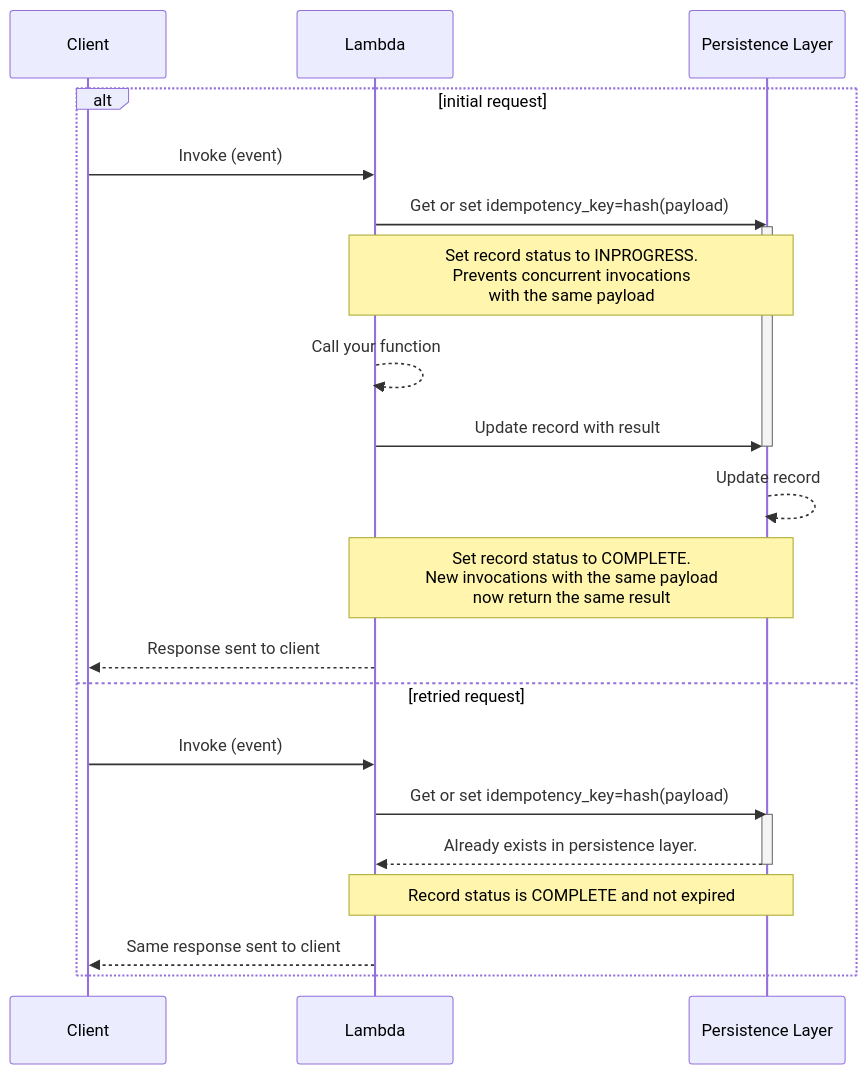
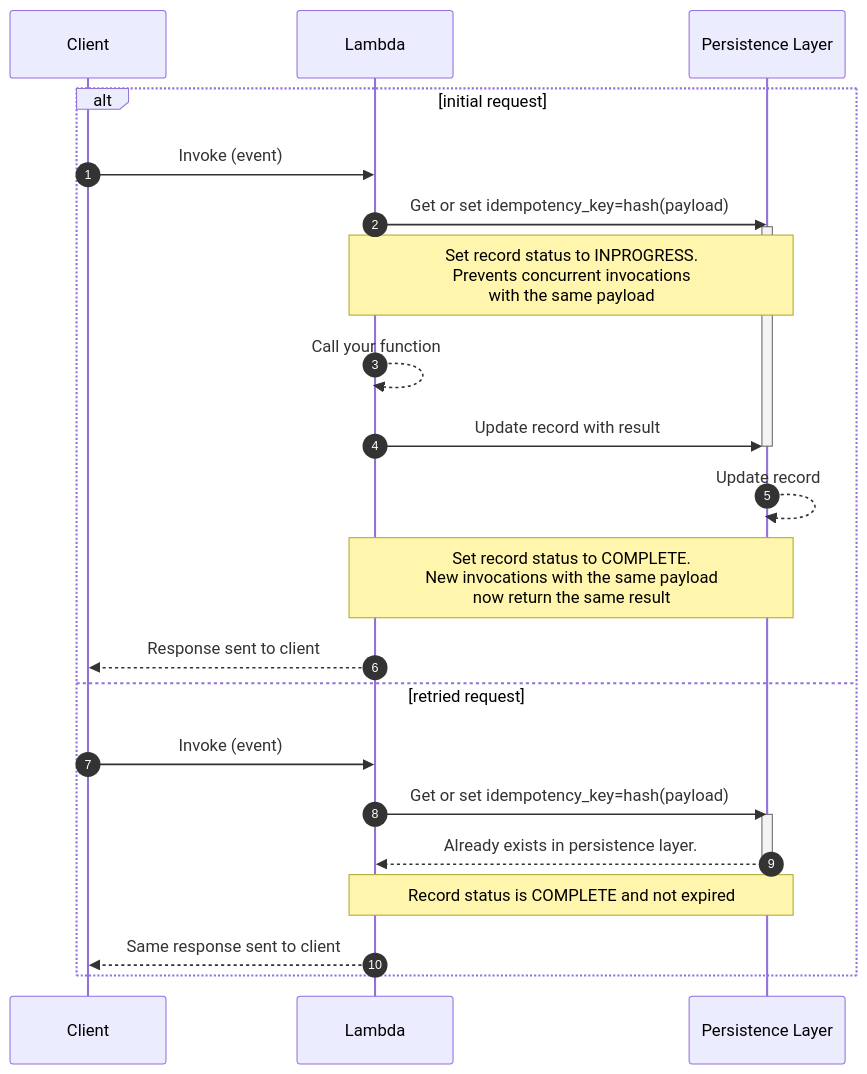
The third of 8 diagrams in docs/utilities/idempotency.md (aws-powertools/powertools-lambda-typescript), drawn with Mermaid before and after one commit. The commit also changed other lines of this file and 1 other file, not shown here.

````diff
--- a/docs/utilities/idempotency.md
+++ b/docs/utilities/idempotency.md
@@ -411,26 +419,27 @@
 ```mermaid
 sequenceDiagram
+    autonumber
     participant Client
     participant Lambda
     participant Persistence Layer
     alt initial request
         Client->>Lambda: Invoke (event)
         Lambda->>Persistence Layer: Get or set idempotency_key=hash(payload)
         activate Persistence Layer
         Note over Lambda,Persistence Layer: Set record status to INPROGRESS. <br> Prevents concurrent invocations <br> with the same payload
         Lambda-->>Lambda: Call your function
         Lambda->>Persistence Layer: Update record with result
         deactivate Persistence Layer
         Persistence Layer-->>Persistence Layer: Update record
         Note over Lambda,Persistence Layer: Set record status to COMPLETE. <br> New invocations with the same payload <br> now return the same result
         Lambda-->>Client: Response sent to client
     else retried request
         Client->>Lambda: Invoke (event)
         Lambda->>Persistence Layer: Get or set idempotency_key=hash(payload)
         activate Persistence Layer
         Persistence Layer-->>Lambda: Already exists in persistence layer.
         deactivate Persistence Layer
         Note over Lambda,Persistence Layer: Record status is COMPLETE and not expired
         Lambda-->>Client: Same response sent to client
     end
 ```
````
